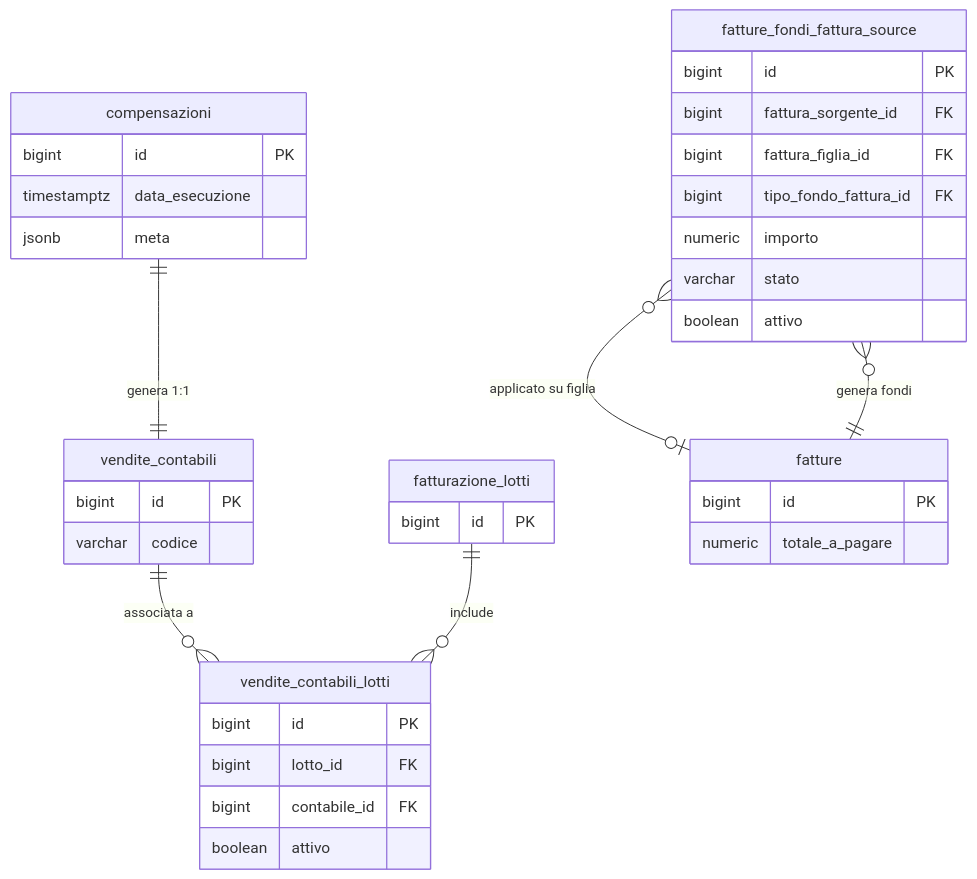
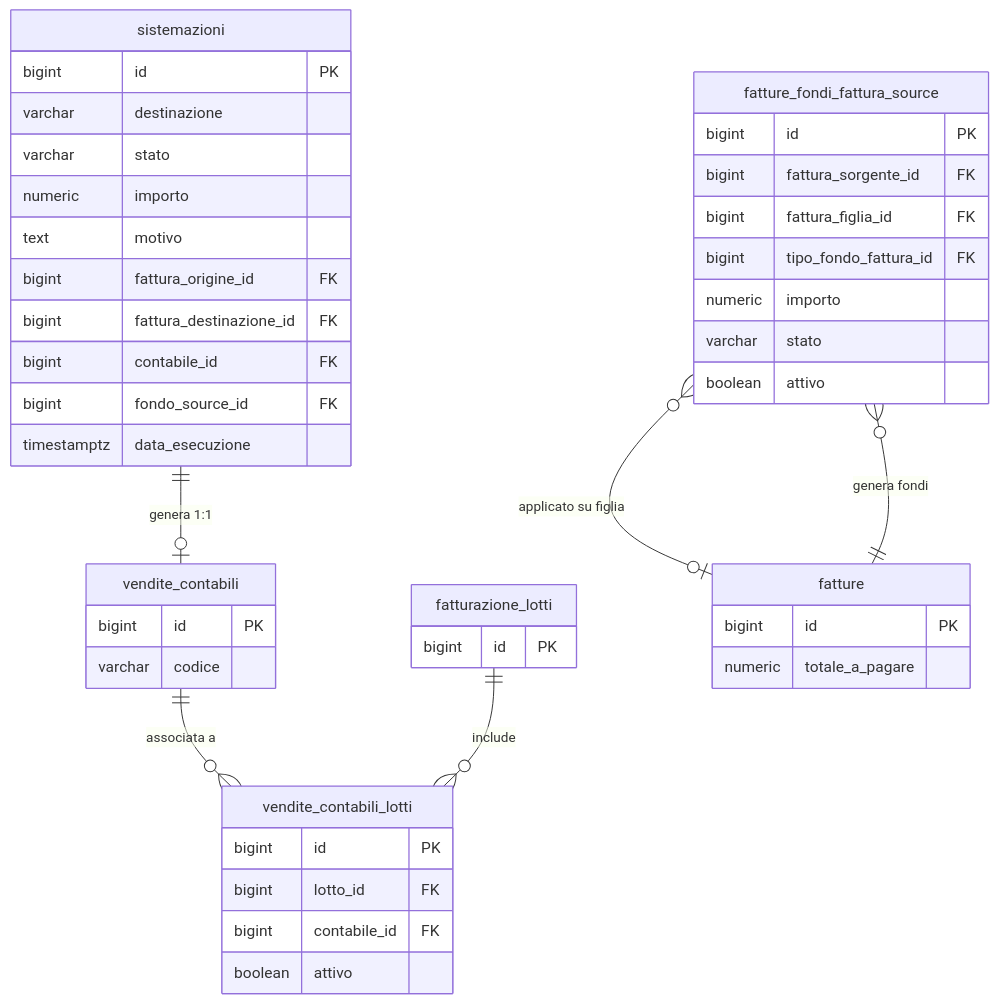
Before and after one commit to Tito-it/ZeroErp: the third of 3 diagrams in docs/it/guide/gestione-dei-pagamenti.md, drawn with Mermaid. The commit also changed other lines of this file and 72 other files, not shown here.

````diff
--- a/docs/it/guide/gestione-dei-pagamenti.md
+++ b/docs/it/guide/gestione-dei-pagamenti.md
@@ -1213,45 +1382,52 @@
 ```mermaid
 erDiagram
-    compensazioni {
+    sistemazioni {
         bigint id PK
+        varchar destinazione
+        varchar stato
+        numeric importo
+        text motivo
+        bigint fattura_origine_id FK
+        bigint fattura_destinazione_id FK
+        bigint contabile_id FK
+        bigint fondo_source_id FK
         timestamptz data_esecuzione
-        jsonb meta
     }
 
     vendite_contabili {
         bigint id PK
         varchar codice
     }
 
     vendite_contabili_lotti {
         bigint id PK
         bigint lotto_id FK
         bigint contabile_id FK
         boolean attivo
     }
 
     fatturazione_lotti {
         bigint id PK
     }
 
     fatture_fondi_fattura_source {
         bigint id PK
         bigint fattura_sorgente_id FK
         bigint fattura_figlia_id FK
         bigint tipo_fondo_fattura_id FK
         numeric importo
         varchar stato
         boolean attivo
     }
 
     fatture {
         bigint id PK
         numeric totale_a_pagare
     }
 
-    compensazioni ||--|| vendite_contabili : "genera 1:1"
+    sistemazioni ||--o| vendite_contabili : "genera 1:1"
     vendite_contabili ||--o{ vendite_contabili_lotti : "associata a"
     fatturazione_lotti ||--o{ vendite_contabili_lotti : "include"
     fatture ||--o{ fatture_fondi_fattura_source : "genera fondi"
     fatture_fondi_fattura_source }o--o| fatture : "applicato su figlia"
 ```
````
